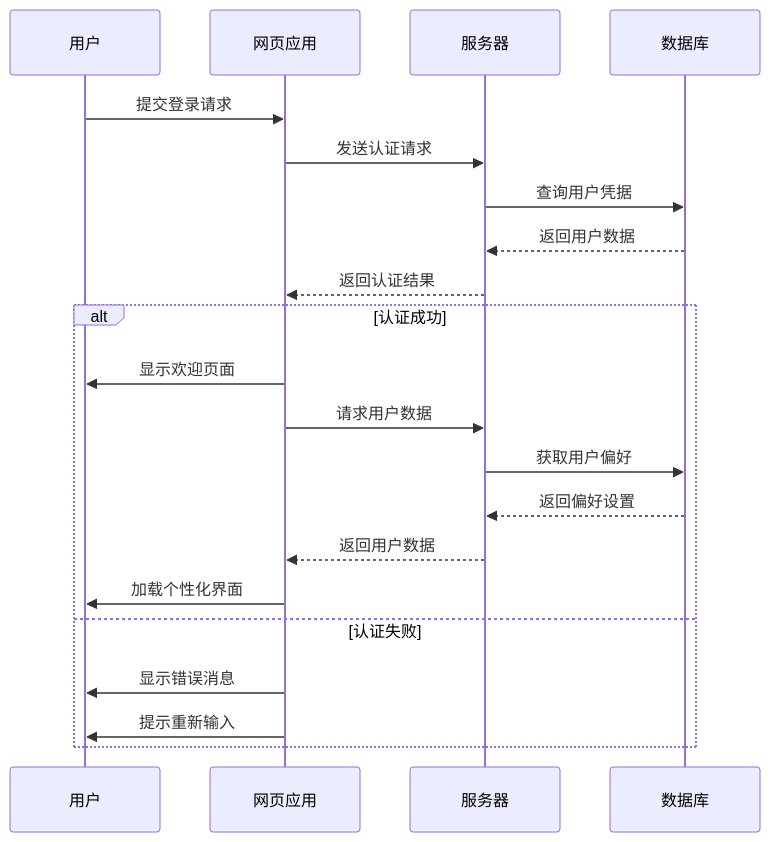
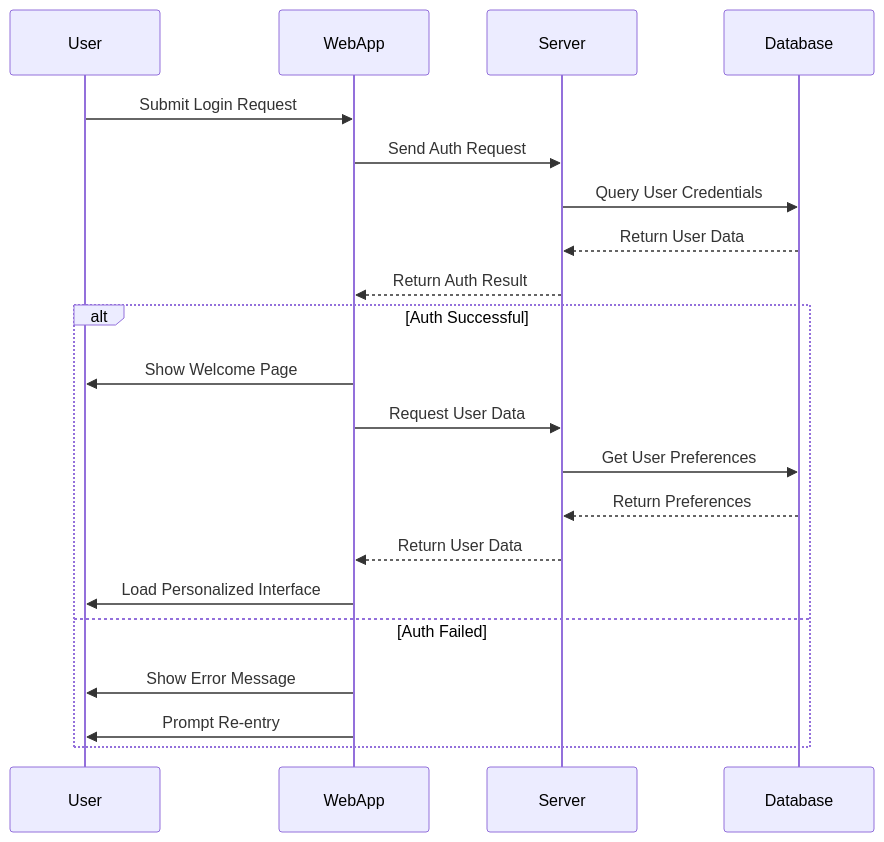
One commit to Erym03/lacorteblu.github.io changed the second of 6 diagrams in src/content/posts/markdown-mermaid.md. Above: the diagram before and after it, drawn with Mermaid. The commit also changed other lines of this file and 572 other files, not shown here.

````diff
--- a/src/content/posts/markdown-mermaid.md
+++ b/src/content/posts/markdown-mermaid.md
@@ -45,25 +45,25 @@
 ```mermaid
 sequenceDiagram
-    participant User as 用户
-    participant WebApp as 网页应用
-    participant Server as 服务器
-    participant Database as 数据库
+    participant User
+    participant WebApp
+    participant Server
+    participant Database
 
-    User->>WebApp: 提交登录请求
-    WebApp->>Server: 发送认证请求
-    Server->>Database: 查询用户凭据
-    Database-->>Server: 返回用户数据
-    Server-->>WebApp: 返回认证结果
+    User->>WebApp: Submit Login Request
+    WebApp->>Server: Send Auth Request
+    Server->>Database: Query User Credentials
+    Database-->>Server: Return User Data
+    Server-->>WebApp: Return Auth Result
     
-    alt 认证成功
-        WebApp->>User: 显示欢迎页面
-        WebApp->>Server: 请求用户数据
-        Server->>Database: 获取用户偏好
-        Database-->>Server: 返回偏好设置
-        Server-->>WebApp: 返回用户数据
-        WebApp->>User: 加载个性化界面
-    else 认证失败
-        WebApp->>User: 显示错误消息
-        WebApp->>User: 提示重新输入
+    alt Auth Successful
+        WebApp->>User: Show Welcome Page
+        WebApp->>Server: Request User Data
+        Server->>Database: Get User Preferences
+        Database-->>Server: Return Preferences
+        Server-->>WebApp: Return User Data
+        WebApp->>User: Load Personalized Interface
+    else Auth Failed
+        WebApp->>User: Show Error Message
+        WebApp->>User: Prompt Re-entry
     end
 ```
````
